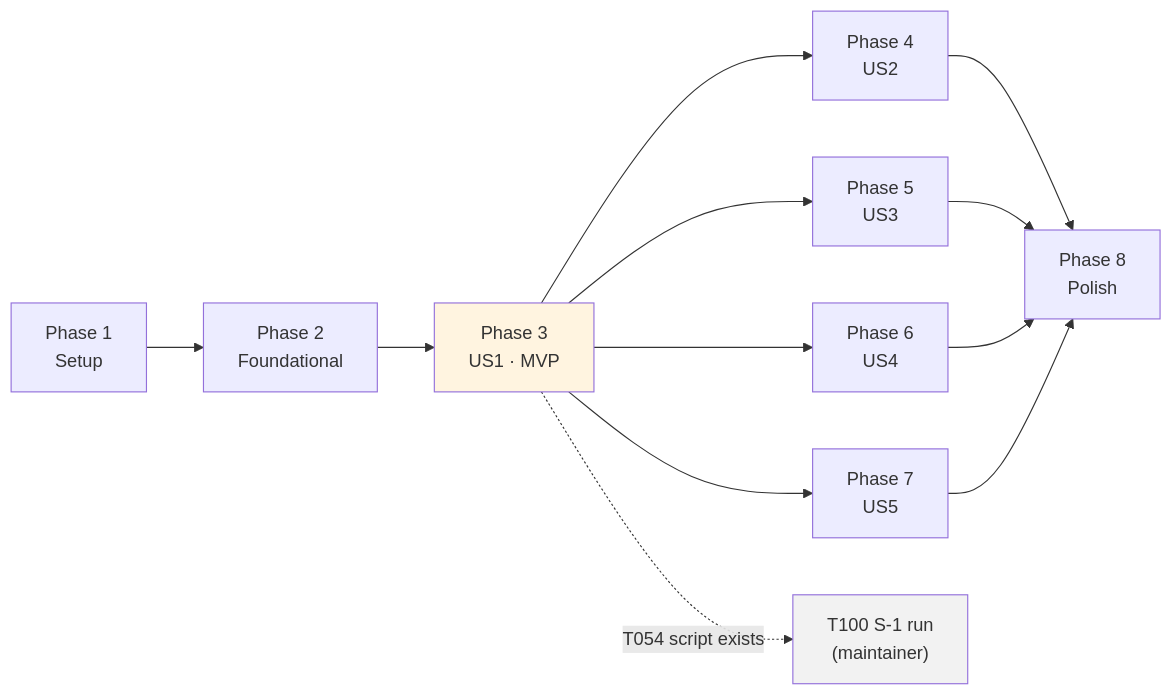
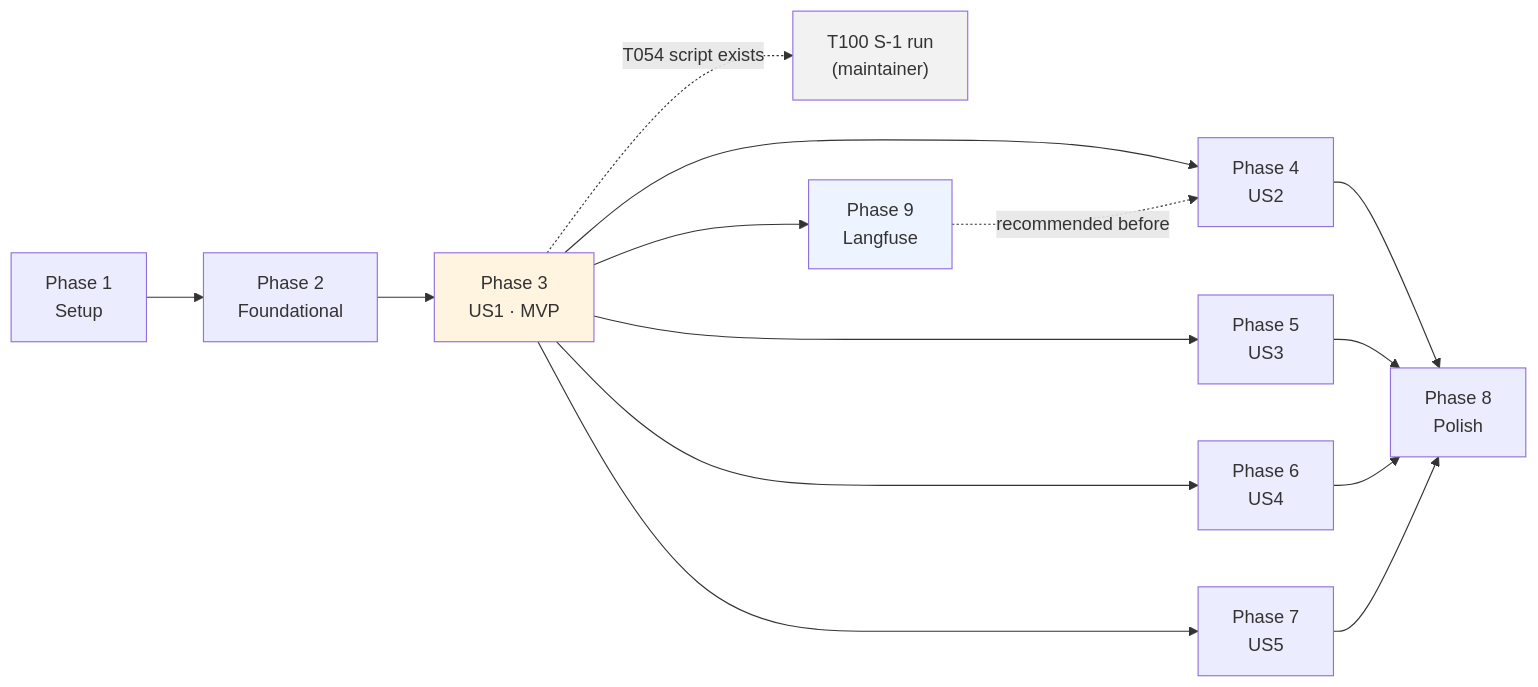
One commit to nhahub/NHA-5-285 changed the diagram in specs/001-walking-skeleton/tasks.md. Above: the diagram before and after it, drawn with Mermaid. The commit also changed other lines of this file, not shown here.

Commit message:
docs(specs): plan Langfuse tracing as Phase 9 and mark US2 tasks done

````diff
--- a/specs/001-walking-skeleton/tasks.md
+++ b/specs/001-walking-skeleton/tasks.md
@@ -258,14 +297,17 @@
 ```mermaid
 flowchart LR
     P1["Phase 1<br/>Setup"] --> P2["Phase 2<br/>Foundational"]
     P2 --> US1["Phase 3<br/>US1 · MVP"]
     US1 --> US2["Phase 4<br/>US2"]
     US1 --> US3["Phase 5<br/>US3"]
     US1 --> US4["Phase 6<br/>US4"]
     US1 --> US5["Phase 7<br/>US5"]
     US2 & US3 & US4 & US5 --> P8["Phase 8<br/>Polish"]
     US1 -.->|"T054 script exists"| S1["T100 S-1 run<br/>(maintainer)"]
+    US1 --> P9["Phase 9<br/>Langfuse"]
+    P9 -.->|"recommended before"| US2
 
     style US1 fill:#fff4e0
     style S1 fill:#f2f2f2
+    style P9 fill:#eef4ff
 ```
````
